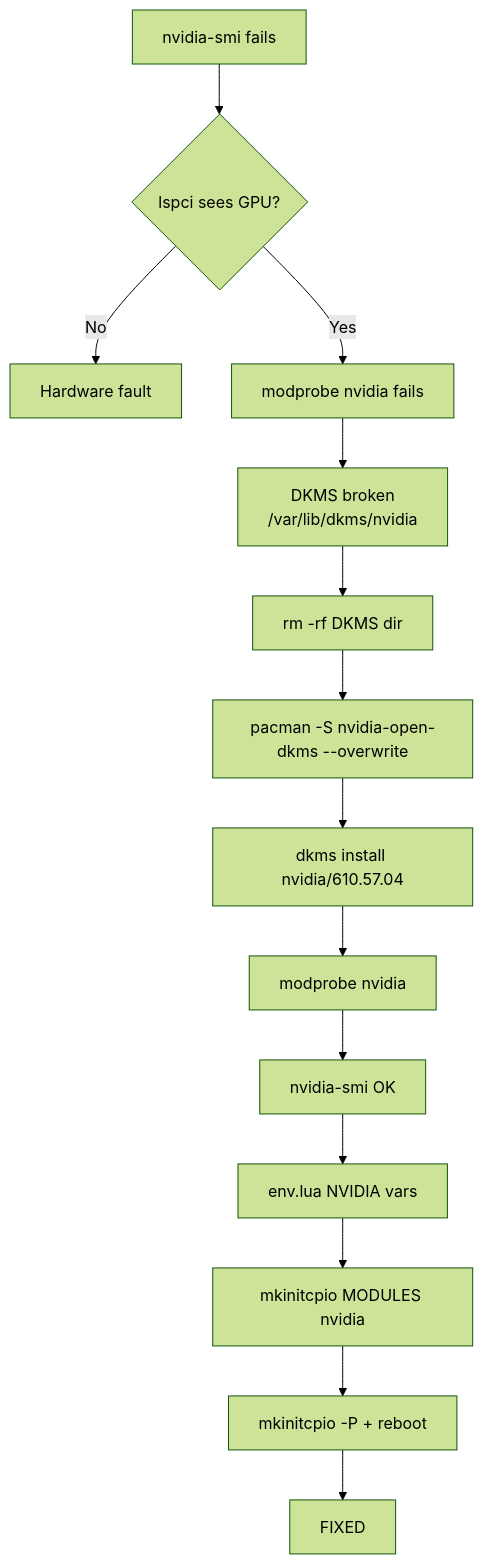
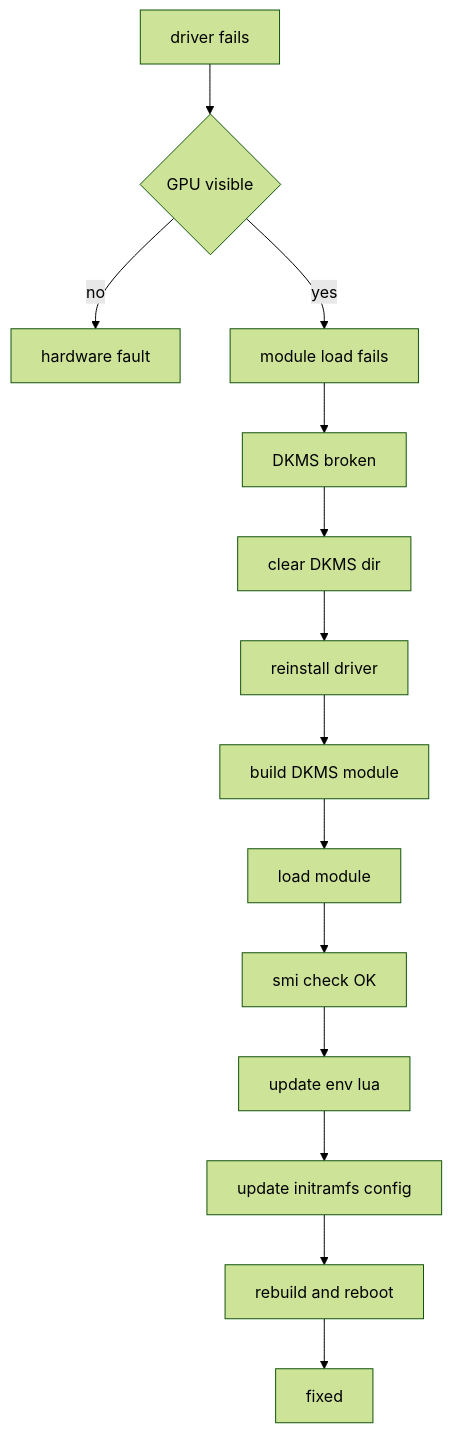
The fifth of 32 diagrams in Graph-Web-Atlas.md (444Nazky/My-Vault), drawn with Mermaid (forest theme) before and after one commit. The commit also changed other lines of this file and 8 other files, not shown here.

````diff
--- a/Graph-Web-Atlas.md
+++ b/Graph-Web-Atlas.md
@@ -58,16 +84,16 @@
 ```mermaid
 flowchart TD
-    A[nvidia-smi fails] --> B{lspci sees GPU?}
-    B -->|No| Z[Hardware fault]
-    B -->|Yes| C[modprobe nvidia fails]
-    C --> D[DKMS broken<br/>/var/lib/dkms/nvidia]
-    D --> E[rm -rf DKMS dir]
-    E --> F[pacman -S nvidia-open-dkms --overwrite]
-    F --> G[dkms install nvidia/610.57.04]
-    G --> H[modprobe nvidia]
-    H --> I[nvidia-smi OK]
-    I --> J[env.lua NVIDIA vars]
-    J --> K[mkinitcpio MODULES nvidia]
-    K --> L[mkinitcpio -P + reboot]
-    L --> M[FIXED]
+    A["driver fails"] --> B{"GPU visible"}
+    B -->|"no"| Z["hardware fault"]
+    B -->|"yes"| C["module load fails"]
+    C --> D["DKMS broken"]
+    D --> E["clear DKMS dir"]
+    E --> F["reinstall driver"]
+    F --> G["build DKMS module"]
+    G --> H["load module"]
+    H --> I["smi check OK"]
+    I --> J["update env lua"]
+    J --> K["update initramfs config"]
+    K --> L["rebuild and reboot"]
+    L --> M["fixed"]
 ```
````
